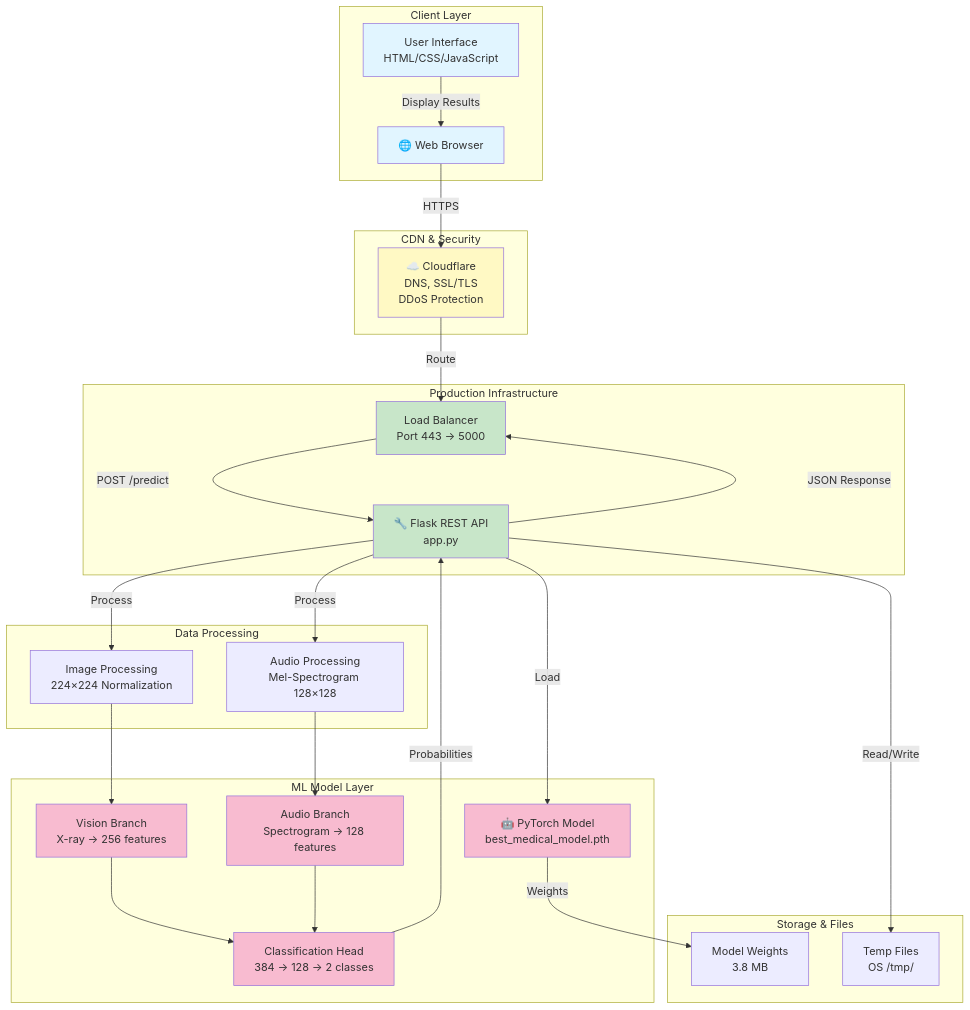
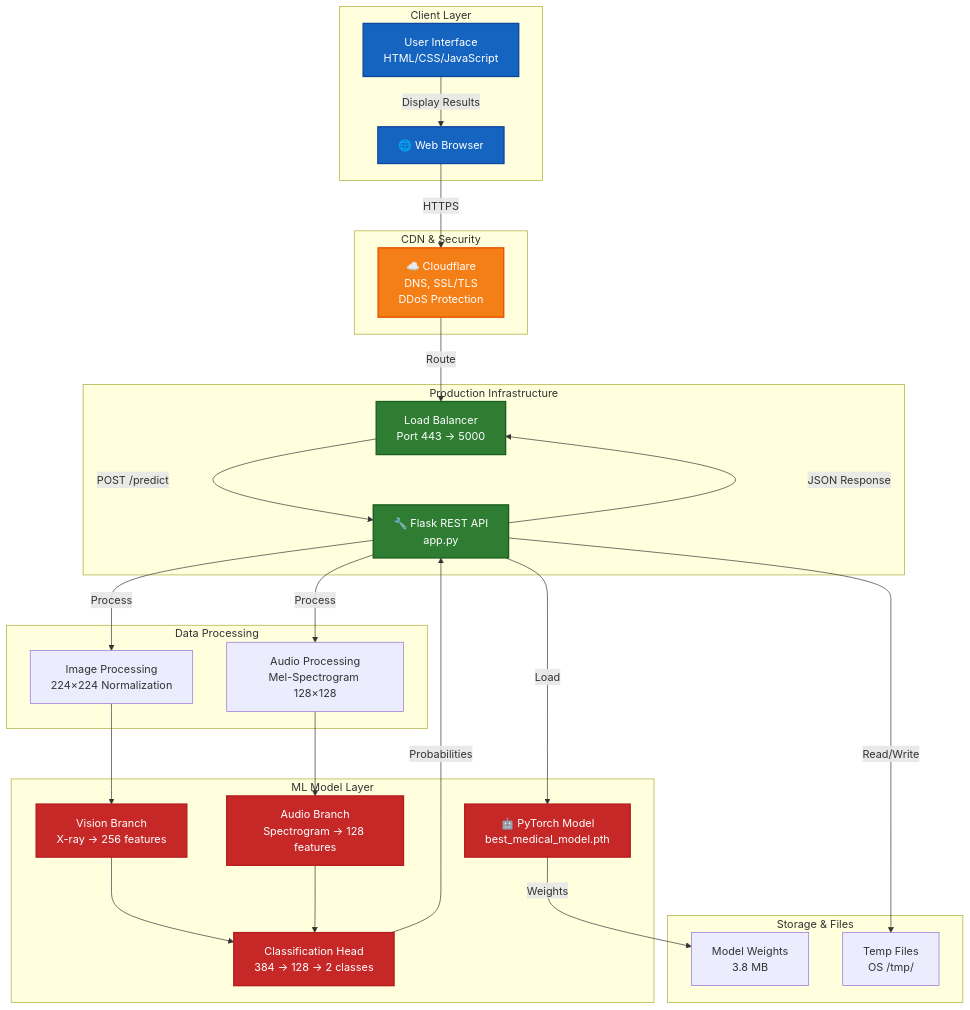
Before and after one commit to rwitobaansheikh/Pnumonia_Detector: the first of 7 diagrams in ARCHITECTURE.md, drawn with Mermaid. The commit also changed other lines of this file and 3 other files, not shown here.

````diff
--- a/ARCHITECTURE.md
+++ b/ARCHITECTURE.md
@@ -9,64 +9,64 @@
 ```mermaid
 graph TB
     subgraph "Client Layer"
         Browser["🌐 Web Browser"]
         UI["User Interface<br/>HTML/CSS/JavaScript"]
     end
     
     subgraph "CDN & Security"
         Cloudflare["☁️ Cloudflare<br/>DNS, SSL/TLS<br/>DDoS Protection"]
     end
     
     subgraph "Production Infrastructure"
         LB["Load Balancer<br/>Port 443 → 5000"]
         API["🔧 Flask REST API<br/>app.py"]
     end
     
     subgraph "ML Model Layer"
         Model["🤖 PyTorch Model<br/>best_medical_model.pth"]
         VisionBranch["Vision Branch<br/>X-ray → 256 features"]
         AudioBranch["Audio Branch<br/>Spectrogram → 128 features"]
         Classifier["Classification Head<br/>384 → 128 → 2 classes"]
     end
     
     subgraph "Data Processing"
         ImgProc["Image Processing<br/>224×224 Normalization"]
         AudioProc["Audio Processing<br/>Mel-Spectrogram 128×128"]
     end
     
     subgraph "Storage & Files"
         ModelFile["Model Weights<br/>3.8 MB"]
         TempFiles["Temp Files<br/>OS /tmp/"]
     end
     
     Browser -->|HTTPS| Cloudflare
     Cloudflare -->|Route| LB
     LB -->|POST /predict| API
     UI -->|Display Results| Browser
     
     API -->|Load| Model
     API -->|Process| ImgProc
     API -->|Process| AudioProc
     
     ImgProc --> VisionBranch
     AudioProc --> AudioBranch
     
     VisionBranch --> Classifier
     AudioBranch --> Classifier
     
     Model -->|Weights| ModelFile
     API -->|Read/Write| TempFiles
     
     Classifier -->|Probabilities| API
     API -->|JSON Response| LB
     
-    style Browser fill:#e1f5ff
-    style UI fill:#e1f5ff
-    style Cloudflare fill:#fff9c4
-    style LB fill:#c8e6c9
-    style API fill:#c8e6c9
-    style Model fill:#f8bbd0
-    style VisionBranch fill:#f8bbd0
-    style AudioBranch fill:#f8bbd0
-    style Classifier fill:#f8bbd0
+    style Browser fill:#1565c0,color:#fff,stroke:#0d47a1,stroke-width:2px
+    style UI fill:#1565c0,color:#fff,stroke:#0d47a1,stroke-width:2px
+    style Cloudflare fill:#f57f17,color:#fff,stroke:#e65100,stroke-width:2px
+    style LB fill:#2e7d32,color:#fff,stroke:#1b5e20,stroke-width:2px
+    style API fill:#2e7d32,color:#fff,stroke:#1b5e20,stroke-width:2px
+    style Model fill:#c62828,color:#fff,stroke:#b71c1c,stroke-width:2px
+    style VisionBranch fill:#c62828,color:#fff,stroke:#b71c1c,stroke-width:2px
+    style AudioBranch fill:#c62828,color:#fff,stroke:#b71c1c,stroke-width:2px
+    style Classifier fill:#c62828,color:#fff,stroke:#b71c1c,stroke-width:2px
 ```
````
